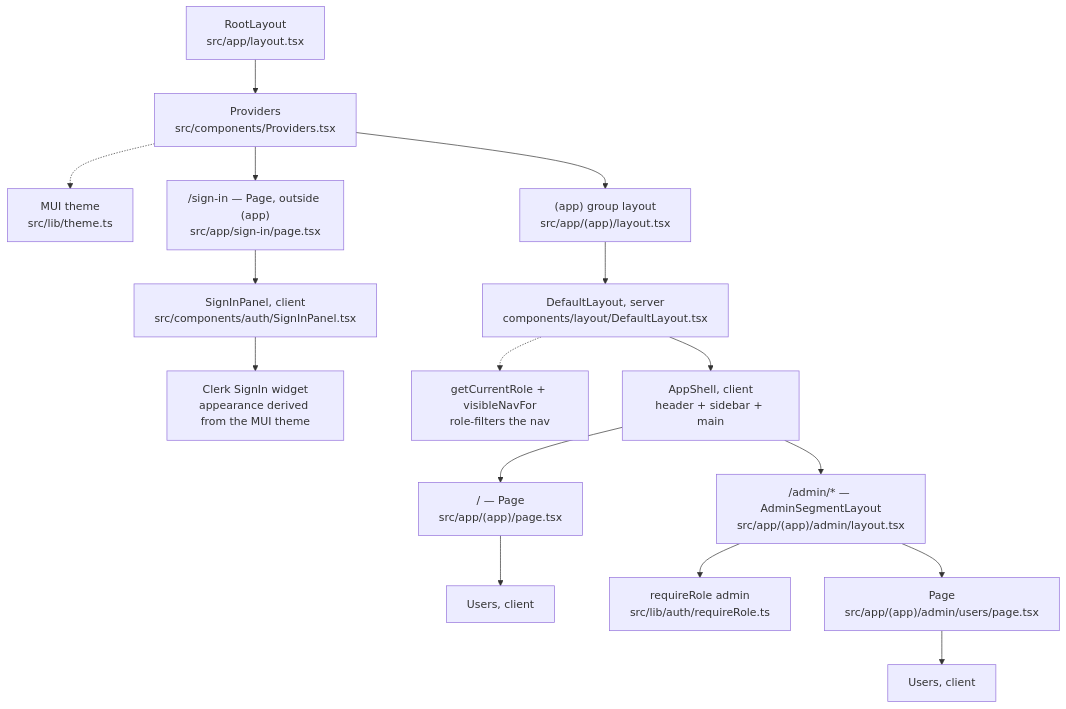
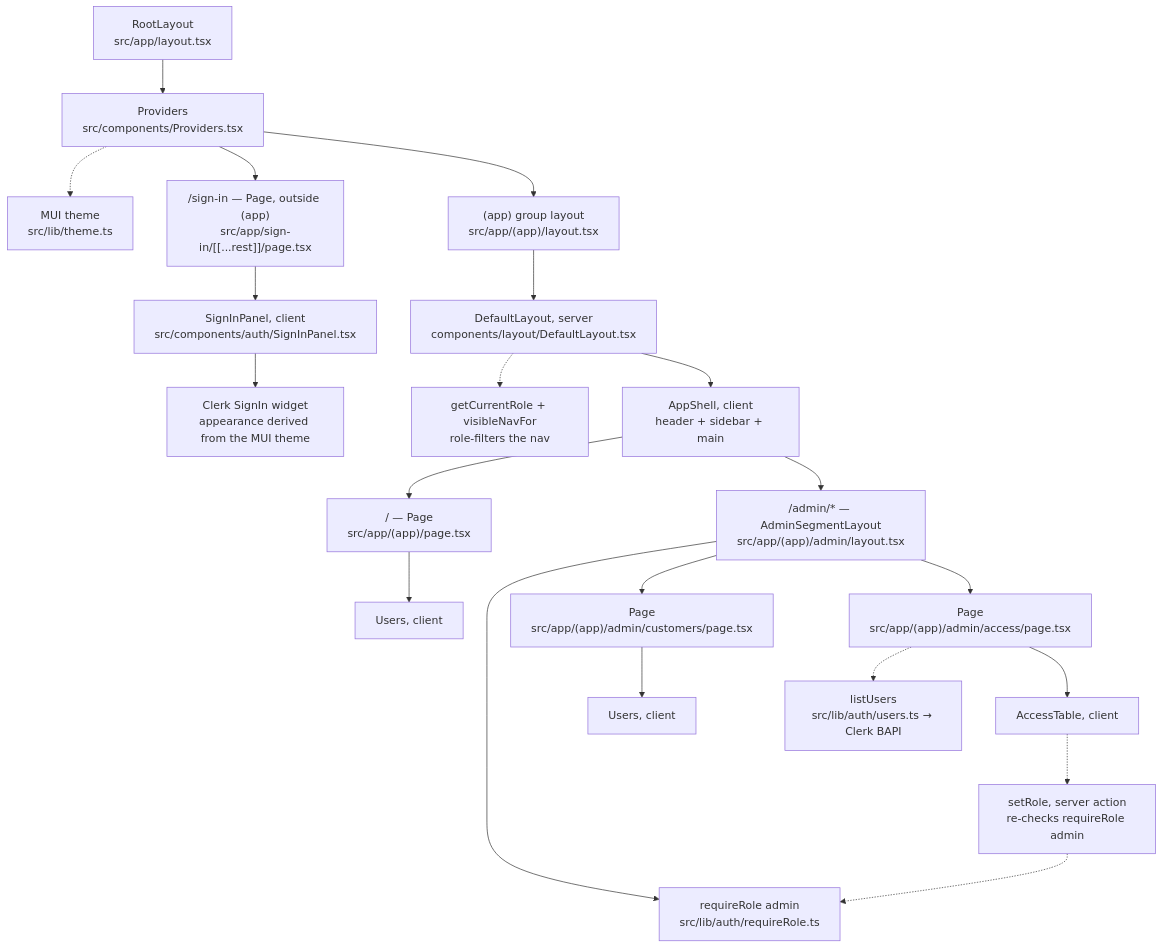
Before and after one commit to appliedpiper/nextjs-ts-template: the second of 3 diagrams in docs/auth-component-flow.md, drawn with Mermaid. The commit also changed other lines of this file and 3 other files, not shown here.

Commit message:
Document role assignment at /admin/access

````diff
--- a/docs/auth-component-flow.md
+++ b/docs/auth-component-flow.md
@@ -64,43 +64,54 @@
 ```mermaid
 flowchart TD
     LAYOUT["RootLayout<br/>src/app/layout.tsx"]
     PROVIDERS["Providers<br/>src/components/Providers.tsx"]
     THEME["MUI theme<br/>src/lib/theme.ts"]
 
-    SIGNINPAGE["/sign-in — Page, outside (app)<br/>src/app/sign-in/page.tsx"]
+    SIGNINPAGE["/sign-in — Page, outside (app)<br/>src/app/sign-in/[[...rest]]/page.tsx"]
     PANEL["SignInPanel, client<br/>src/components/auth/SignInPanel.tsx"]
     WIDGET["Clerk SignIn widget<br/>appearance derived from the MUI theme"]
 
     GROUP["(app) group layout<br/>src/app/(app)/layout.tsx"]
     DEFAULT["DefaultLayout, server<br/>components/layout/DefaultLayout.tsx"]
     ROLE["getCurrentRole + visibleNavFor<br/>role-filters the nav"]
     SHELL["AppShell, client<br/>header + sidebar + main"]
 
     HOMEPAGE["/ — Page<br/>src/app/(app)/page.tsx"]
     USERS1["Users, client"]
 
     ADMINGUARD["/admin/* — AdminSegmentLayout<br/>src/app/(app)/admin/layout.tsx"]
     GUARD["requireRole admin<br/>src/lib/auth/requireRole.ts"]
-    ADMINPAGE["Page<br/>src/app/(app)/admin/users/page.tsx"]
+    ADMINPAGE["Page<br/>src/app/(app)/admin/customers/page.tsx"]
     USERS2["Users, client"]
+
+    ACCESSPAGE["Page<br/>src/app/(app)/admin/access/page.tsx"]
+    LISTUSERS["listUsers<br/>src/lib/auth/users.ts → Clerk BAPI"]
+    ACCESSTABLE["AccessTable, client"]
+    SETROLE["setRole, server action<br/>re-checks requireRole admin"]
 
     LAYOUT --> PROVIDERS
     PROVIDERS -.-> THEME
     PROVIDERS --> SIGNINPAGE
     PROVIDERS --> GROUP
 
     SIGNINPAGE --> PANEL
     PANEL --> WIDGET
 
     GROUP --> DEFAULT
     DEFAULT -.-> ROLE
     DEFAULT --> SHELL
     SHELL --> HOMEPAGE
     SHELL --> ADMINGUARD
 
     HOMEPAGE --> USERS1
 
     ADMINGUARD --> GUARD
     ADMINGUARD --> ADMINPAGE
     ADMINPAGE --> USERS2
+
+    ADMINGUARD --> ACCESSPAGE
+    ACCESSPAGE -.-> LISTUSERS
+    ACCESSPAGE --> ACCESSTABLE
+    ACCESSTABLE -.-> SETROLE
+    SETROLE -.-> GUARD
 ```
````
